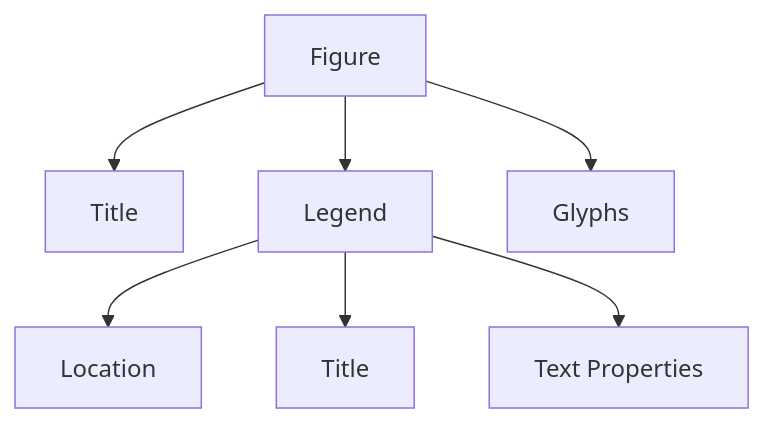
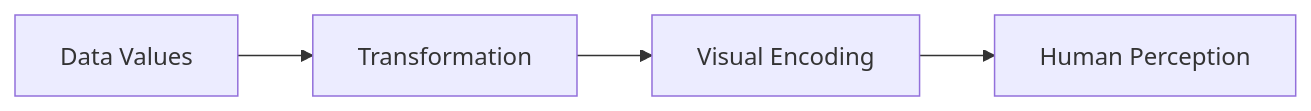
Before and after one commit to Balasubramanian-pg/MSC.-Data-Science-AI: the diagram in Trimester 1/Data Visualization & Storytelling/W10 - Module 4c. Python Bokeh package/L29/Decorating the Visuals/Most Important Takeaway.md, drawn with Mermaid. The commit also changed other lines of this file, not shown here.

````diff
--- a/Trimester 1/Data Visualization & Storytelling/W10 - Module 4c. Python Bokeh package/L29/Decorating the Visuals/Most Important Takeaway.md
+++ b/Trimester 1/Data Visualization & Storytelling/W10 - Module 4c. Python Bokeh package/L29/Decorating the Visuals/Most Important Takeaway.md
@@ -5,12 +5,7 @@
 ```mermaid
-flowchart TD
-    A[Figure]
-
-    A --> B[Title]
-    A --> C[Legend]
-    A --> D[Glyphs]
-
-    C --> E[Location]
-    C --> F[Title]
-    C --> G[Text Properties]
+flowchart LR
+    A[Data Values]
+    --> B[Transformation]
+    --> C[Visual Encoding]
+    --> D[Human Perception]
 ```
````
